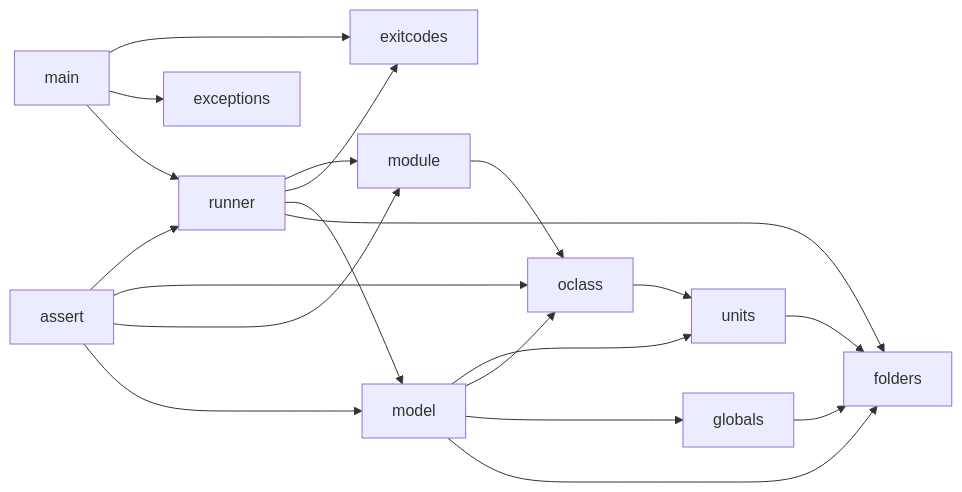
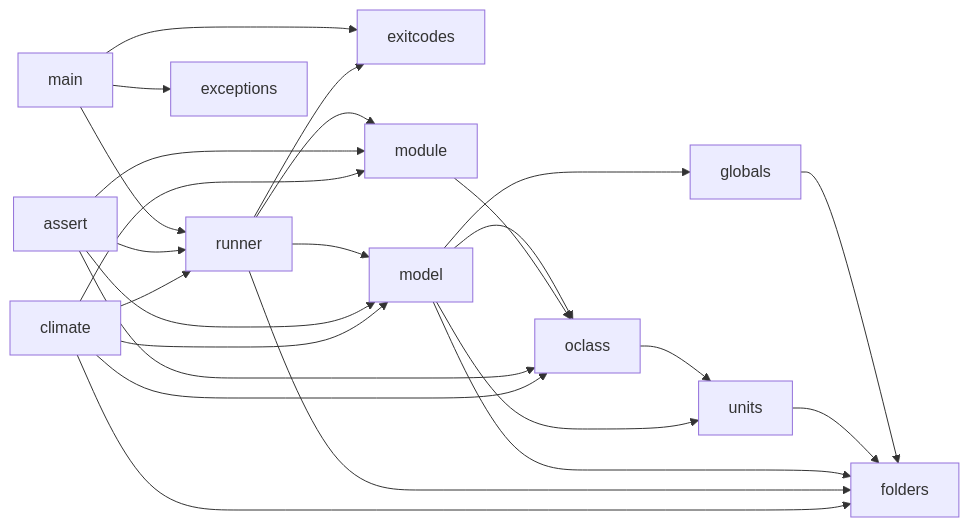
One commit to arras-energy/arras changed the diagram in DESIGN.md. Above: the diagram before and after it, drawn with Mermaid. The commit also changed other lines of this file and 53 other files, not shown here.

First line of the commit message:
Add the gridlabd climate module as a Python package (src/climate) (#52)

````diff
--- a/DESIGN.md
+++ b/DESIGN.md
@@ -243,22 +270,27 @@
 ```mermaid
 flowchart LR
   main --> runner
   main --> exceptions
   main --> exitcodes
   globals --> folders
   units --> folders
   model --> folders
   runner --> folders
   runner --> model
   runner --> exitcodes
   runner --> module
   oclass --> units
   model --> globals
   model --> oclass
   model --> units
   module --> oclass
   assert --> model
   assert --> module
   assert --> oclass
   assert --> runner
+  climate --> folders
+  climate --> model
+  climate --> module
+  climate --> oclass
+  climate --> runner
 ```
````
